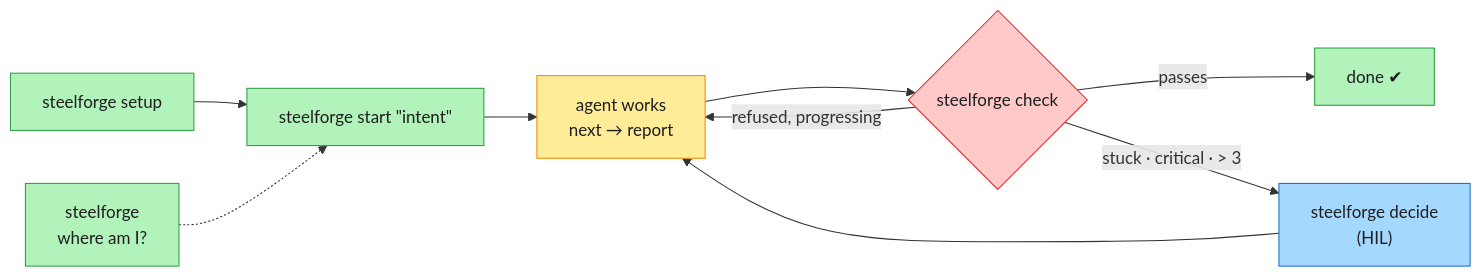
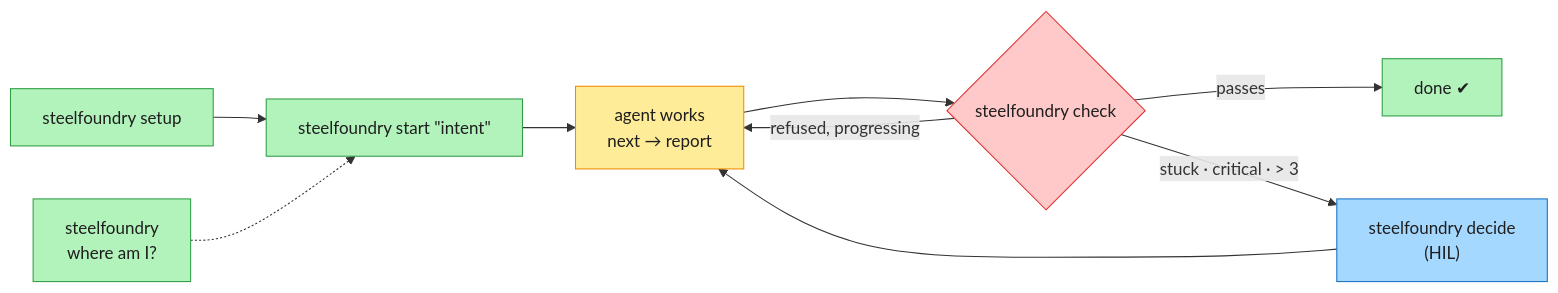
One commit to Brujo2020/OpenSDD changed the first of 12 diagrams in README.md. Above: the diagram before and after it, drawn with Mermaid. The commit also changed other lines of this file and 465 other files, not shown here.

````diff
--- a/README.md
+++ b/README.md
@@ -39,15 +39,15 @@
 ```mermaid
 flowchart LR
-  A["steelforge setup"]:::auto --> B["steelforge start &quot;intent&quot;"]:::auto
+  A["steelfoundry setup"]:::auto --> B["steelfoundry start &quot;intent&quot;"]:::auto
   B --> C["agent works<br/>next → report"]:::advisory
-  C --> D{"steelforge check"}:::block
+  C --> D{"steelfoundry check"}:::block
   D -- passes --> E["done ✔"]:::auto
   D -- refused, progressing --> C
-  D -- "stuck · critical · > 3" --> F["steelforge decide<br/>(HIL)"]:::human
+  D -- "stuck · critical · > 3" --> F["steelfoundry decide<br/>(HIL)"]:::human
   F --> C
-  G["steelforge<br/>where am I?"]:::auto -.-> B
+  G["steelfoundry<br/>where am I?"]:::auto -.-> B
   classDef auto fill:#b2f2bb,stroke:#2f9e44,color:#1e1e1e
   classDef advisory fill:#ffec99,stroke:#f08c00,color:#1e1e1e
   classDef block fill:#ffc9c9,stroke:#e03131,color:#1e1e1e
   classDef human fill:#a5d8ff,stroke:#1971c2,color:#1e1e1e
 ```
````
